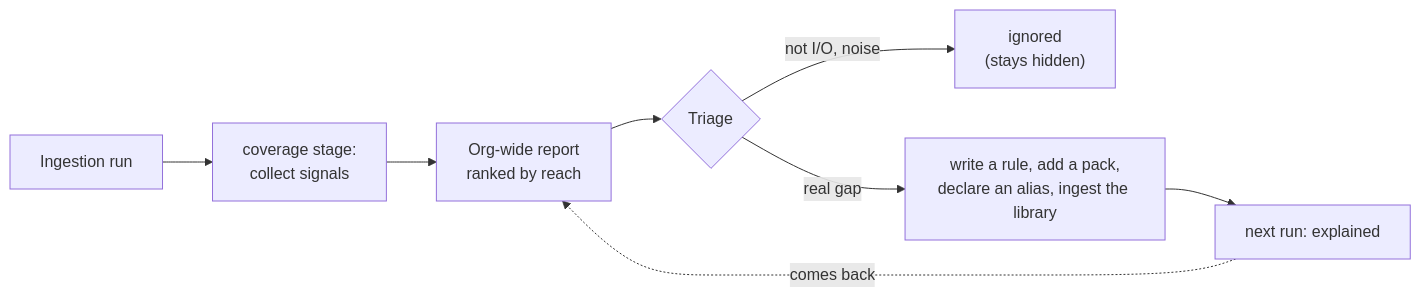
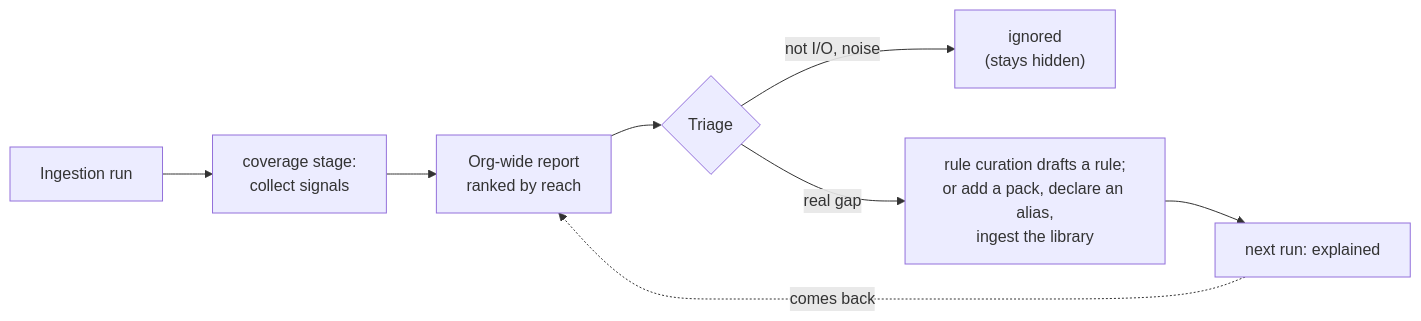
Before and after one commit to KBavis/steno: the first of 2 diagrams in docs/how-it-works/ingestion/coverage-report.md, drawn with Mermaid. The commit also changed other lines of this file and 24 other files, not shown here.

````diff
--- a/docs/how-it-works/ingestion/coverage-report.md
+++ b/docs/how-it-works/ingestion/coverage-report.md
@@ -11,10 +12,10 @@
 ```mermaid
 flowchart LR
     I["Ingestion run"] --> C["coverage stage:<br/>collect signals"]
     C --> R["Org-wide report<br/>ranked by reach"]
     R --> T{"Triage"}
     T -- "not I/O, noise" --> IG["ignored<br/>(stays hidden)"]
-    T -- "real gap" --> FX["write a rule, add a pack,<br/>declare an alias, ingest the library"]
+    T -- "real gap" --> FX["rule curation drafts a rule;<br/>or add a pack, declare an alias,<br/>ingest the library"]
     FX --> NX["next run: explained"]
     NX -. "comes back" .-> R
 ```
````
